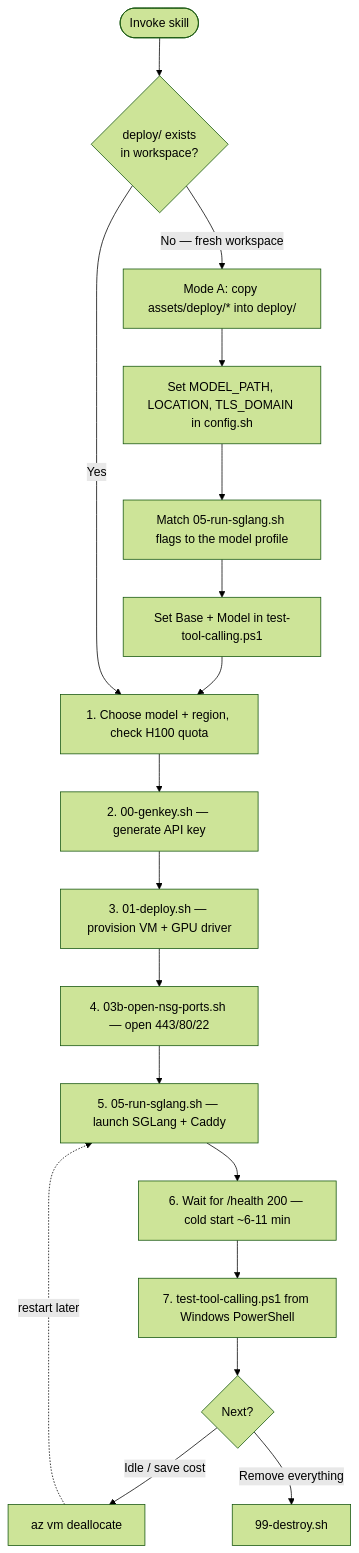
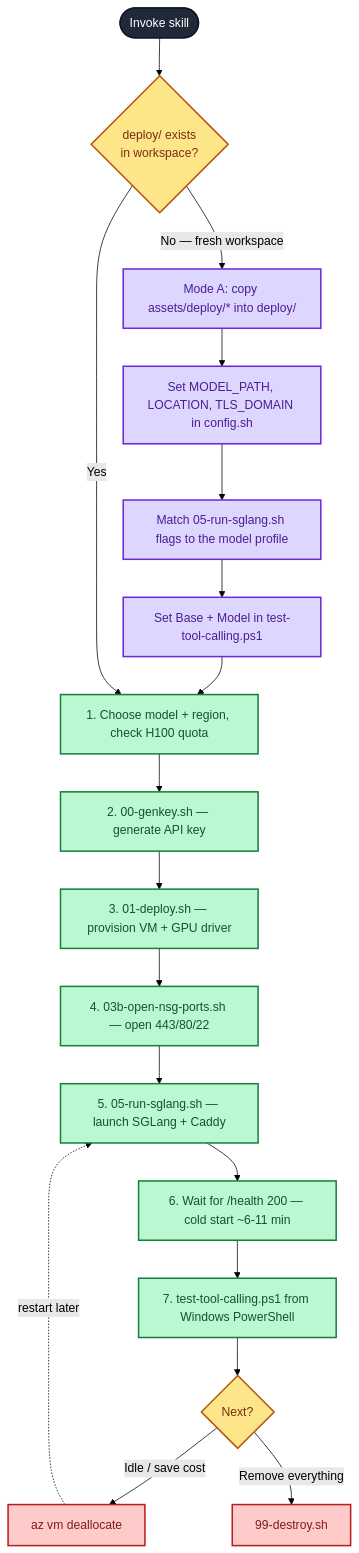
Before and after one commit to ibranibeny/sglang-azure-workshop: the diagram in .github/skills/deploy-sglang-h100/SKILL.md, drawn with Mermaid (forest theme). The commit also changed other lines of this file, not shown here.

Commit message:
deploy-sglang-h100 skill: add colored Mermaid workflow diagram + legend

````diff
--- a/.github/skills/deploy-sglang-h100/SKILL.md
+++ b/.github/skills/deploy-sglang-h100/SKILL.md
@@ -33,20 +33,32 @@
 ```mermaid
 flowchart TD
     Start([Invoke skill]) --> Q{deploy/ exists<br/>in workspace?}
     Q -->|No — fresh workspace| A1[Mode A: copy assets/deploy/* into deploy/]
     A1 --> A2[Set MODEL_PATH, LOCATION, TLS_DOMAIN in config.sh]
     A2 --> A3[Match 05-run-sglang.sh flags to the model profile]
     A3 --> A4[Set Base + Model in test-tool-calling.ps1]
     A4 --> P1
     Q -->|Yes| P1[1. Choose model + region, check H100 quota]
     P1 --> P2[2. 00-genkey.sh — generate API key]
     P2 --> P3[3. 01-deploy.sh — provision VM + GPU driver]
     P3 --> P4[4. 03b-open-nsg-ports.sh — open 443/80/22]
     P4 --> P5[5. 05-run-sglang.sh — launch SGLang + Caddy]
     P5 --> P6[6. Wait for /health 200 — cold start ~6-11 min]
     P6 --> P7[7. test-tool-calling.ps1 from Windows PowerShell]
     P7 --> Op{Next?}
     Op -->|Idle / save cost| D1[az vm deallocate]
     Op -->|Remove everything| D2[99-destroy.sh]
     D1 -.restart later.-> P5
+
+    classDef startNode fill:#1f2937,stroke:#0f172a,stroke-width:2px,color:#ffffff
+    classDef decision fill:#fde68a,stroke:#b45309,stroke-width:2px,color:#7c2d12
+    classDef modeA fill:#ddd6fe,stroke:#6d28d9,stroke-width:2px,color:#4c1d95
+    classDef modeB fill:#bbf7d0,stroke:#15803d,stroke-width:2px,color:#14532d
+    classDef teardown fill:#fecaca,stroke:#b91c1c,stroke-width:2px,color:#7f1d1d
+
+    class Start startNode
+    class Q,Op decision
+    class A1,A2,A3,A4 modeA
+    class P1,P2,P3,P4,P5,P6,P7 modeB
+    class D1,D2 teardown
 ```
````
